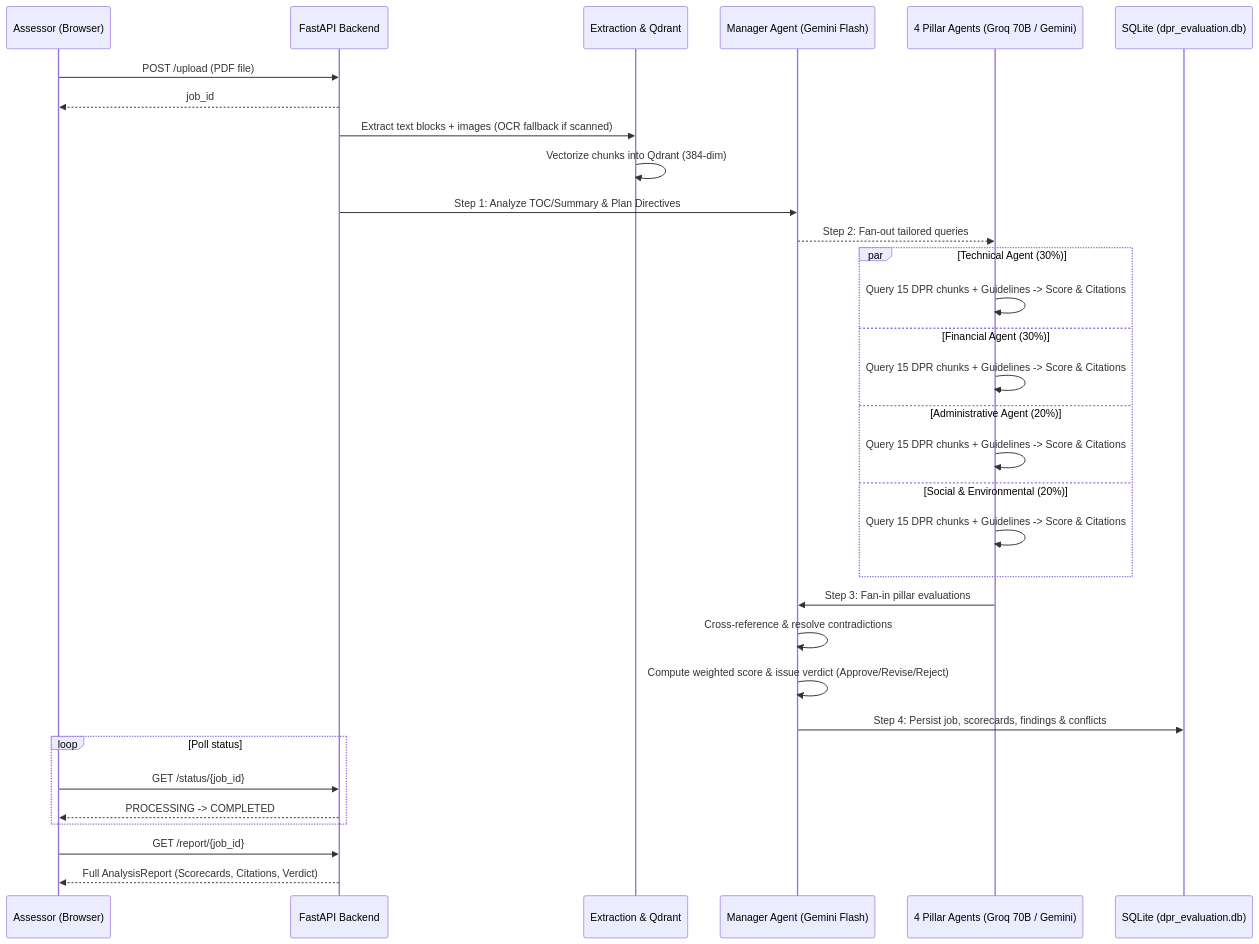
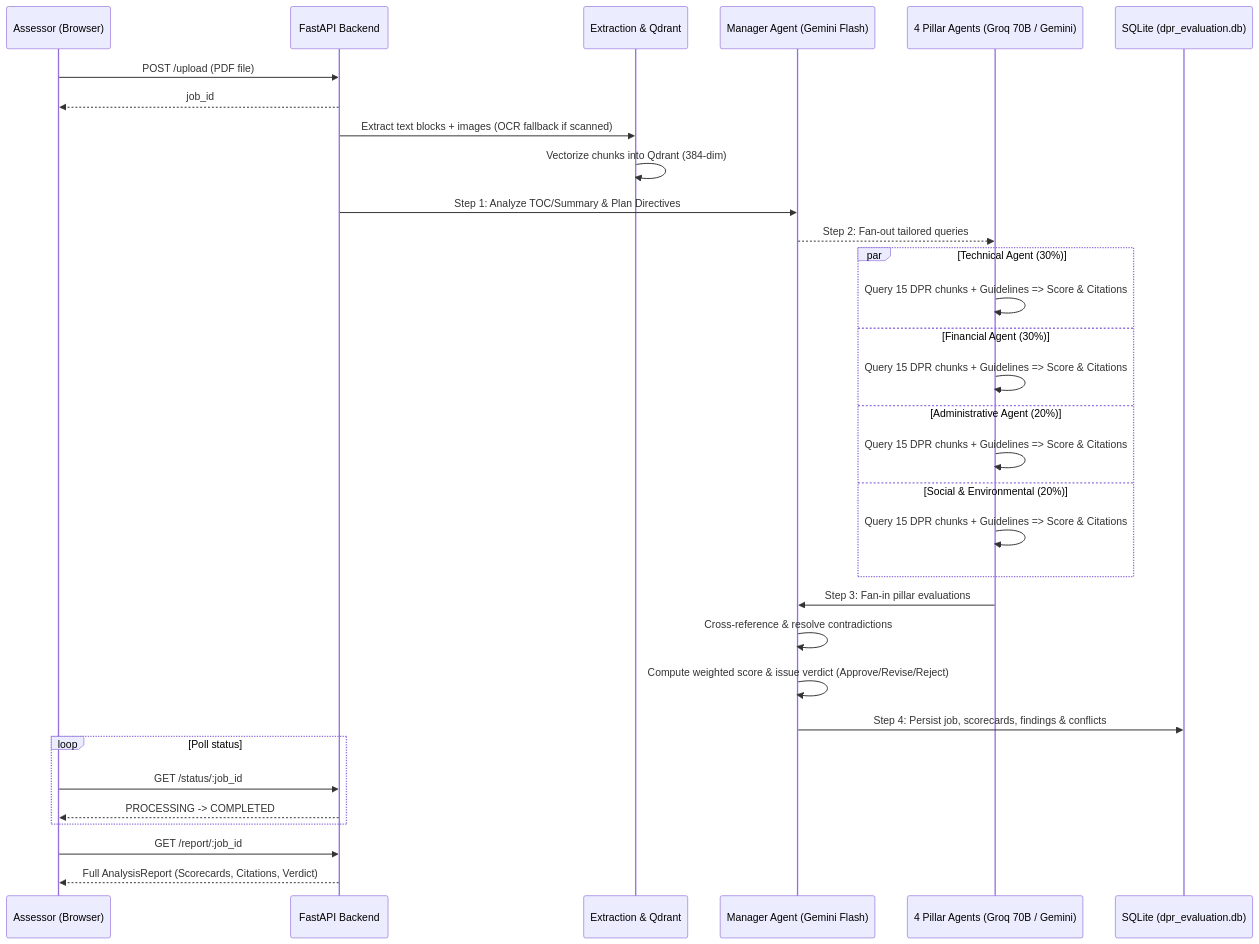
Before and after one commit to Pushkar370/DPR_Evaluator: the second of 2 diagrams in docs/PROJECT_OVERVIEW.md, drawn with Mermaid. The commit also changed other lines of this file and 1 other file, not shown here.

Commit message:
fix(docs): resolve Mermaid syntax errors in project overview and architecture diagrams

````diff
--- a/docs/PROJECT_OVERVIEW.md
+++ b/docs/PROJECT_OVERVIEW.md
@@ -80,35 +79,35 @@
 ```mermaid
 sequenceDiagram
     participant User as Assessor (Browser)
     participant API as FastAPI Backend
     participant Ingest as Extraction & Qdrant
     participant Manager as Manager Agent (Gemini Flash)
     participant Pillars as 4 Pillar Agents (Groq 70B / Gemini)
     participant DB as SQLite (dpr_evaluation.db)
 
     User->>API: POST /upload (PDF file)
     API-->>User: job_id
     API->>Ingest: Extract text blocks + images (OCR fallback if scanned)
     Ingest->>Ingest: Vectorize chunks into Qdrant (384-dim)
     API->>Manager: Step 1: Analyze TOC/Summary & Plan Directives
     Manager-->>Pillars: Step 2: Fan-out tailored queries
     par Technical Agent (30%)
-        Pillars->>Pillars: Query 15 DPR chunks + Guidelines -> Score & Citations
+        Pillars->>Pillars: Query 15 DPR chunks + Guidelines => Score & Citations
     and Financial Agent (30%)
-        Pillars->>Pillars: Query 15 DPR chunks + Guidelines -> Score & Citations
+        Pillars->>Pillars: Query 15 DPR chunks + Guidelines => Score & Citations
     and Administrative Agent (20%)
-        Pillars->>Pillars: Query 15 DPR chunks + Guidelines -> Score & Citations
+        Pillars->>Pillars: Query 15 DPR chunks + Guidelines => Score & Citations
     and Social & Environmental (20%)
-        Pillars->>Pillars: Query 15 DPR chunks + Guidelines -> Score & Citations
+        Pillars->>Pillars: Query 15 DPR chunks + Guidelines => Score & Citations
     end
     Pillars->>Manager: Step 3: Fan-in pillar evaluations
     Manager->>Manager: Cross-reference & resolve contradictions
     Manager->>Manager: Compute weighted score & issue verdict (Approve/Revise/Reject)
     Manager->>DB: Step 4: Persist job, scorecards, findings & conflicts
     loop Poll status
-        User->>API: GET /status/{job_id}
+        User->>API: GET /status/:job_id
         API-->>User: PROCESSING -> COMPLETED
     end
-    User->>API: GET /report/{job_id}
+    User->>API: GET /report/:job_id
     API-->>User: Full AnalysisReport (Scorecards, Citations, Verdict)
 ```
````
